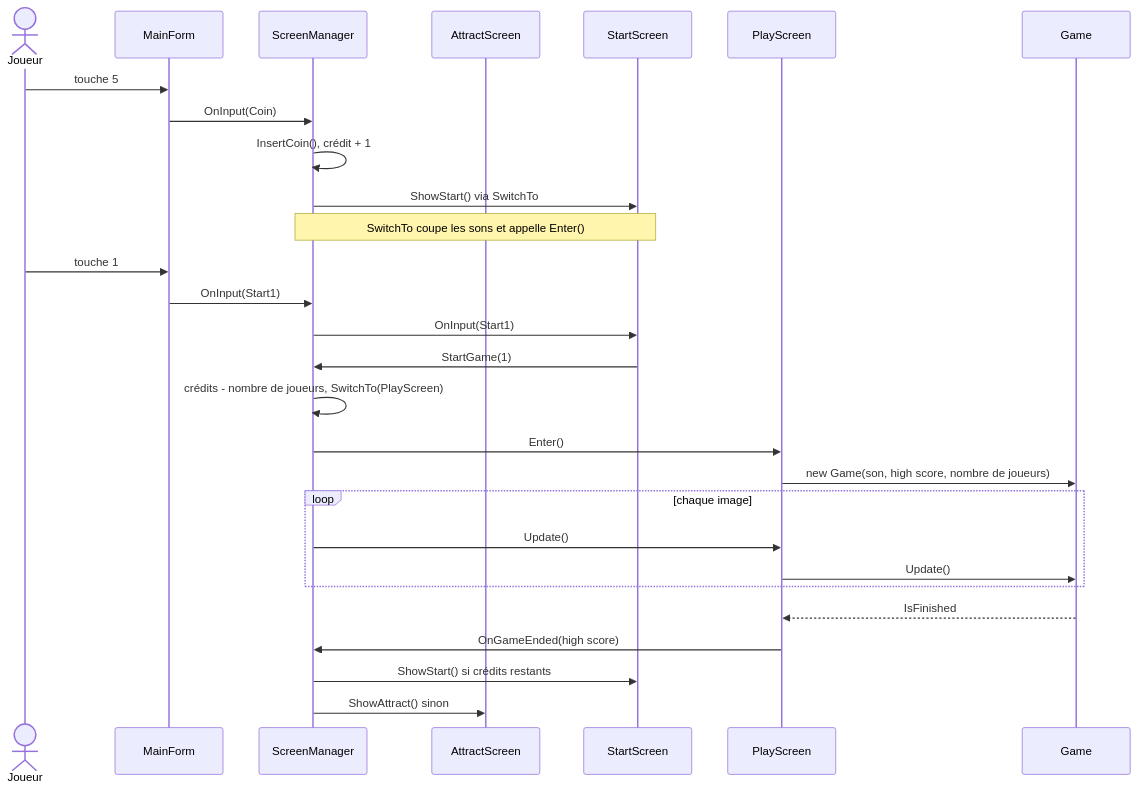
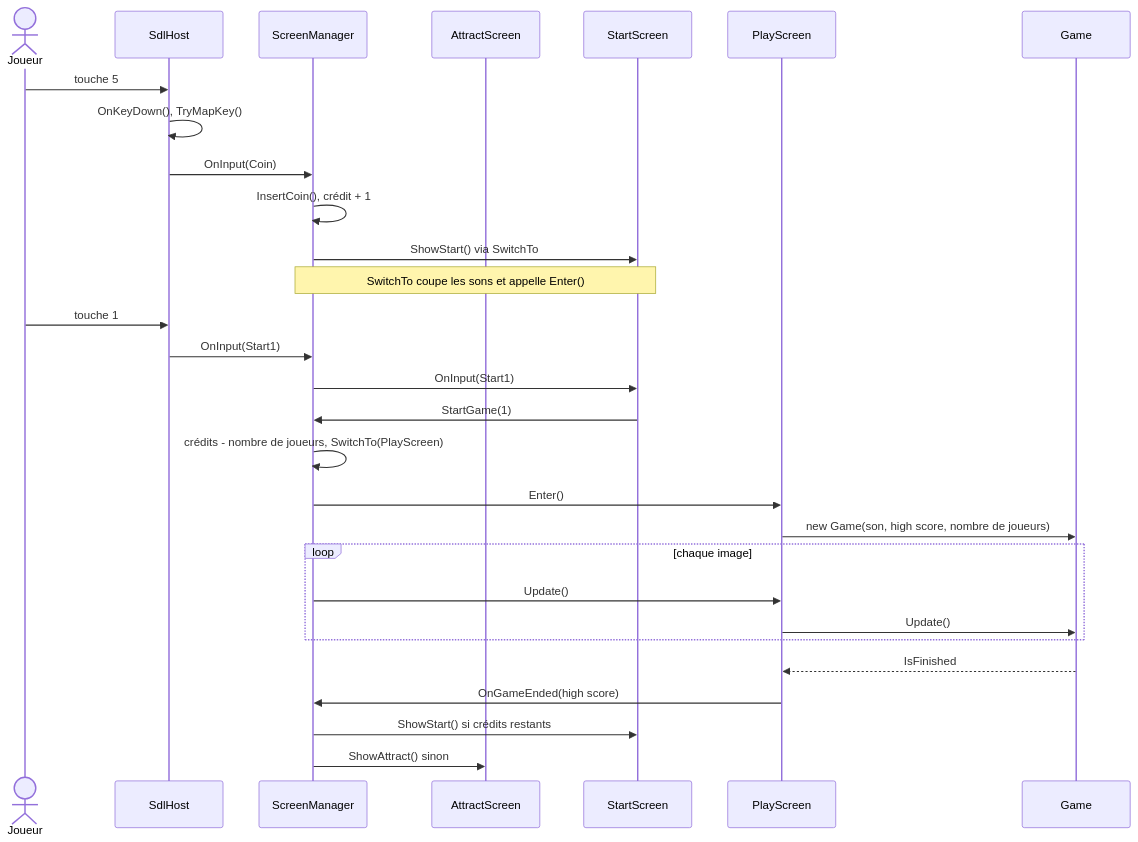
The ninth of 18 diagrams in docs/Pacman_UML_et_etats.md (Telev78/pacman), drawn with Mermaid before and after one commit. The commit also changed other lines of this file and 36 other files, not shown here.

````diff
--- a/docs/Pacman_UML_et_etats.md
+++ b/docs/Pacman_UML_et_etats.md
@@ -731,30 +799,31 @@
 ```mermaid
 sequenceDiagram
   actor J as Joueur
-  participant M as MainForm
+  participant M as SdlHost
   participant S as ScreenManager
   participant A as AttractScreen
   participant ST as StartScreen
   participant P as PlayScreen
   participant G as Game
   J->>M: touche 5
+  M->>M: OnKeyDown(), TryMapKey()
   M->>S: OnInput(Coin)
   S->>S: InsertCoin(), crédit + 1
   S->>ST: ShowStart() via SwitchTo
   Note over S,ST: SwitchTo coupe les sons et appelle Enter()
   J->>M: touche 1
   M->>S: OnInput(Start1)
   S->>ST: OnInput(Start1)
   ST->>S: StartGame(1)
   S->>S: crédits - nombre de joueurs, SwitchTo(PlayScreen)
   S->>P: Enter()
   P->>G: new Game(son, high score, nombre de joueurs)
   loop chaque image
     S->>P: Update()
     P->>G: Update()
   end
   G-->>P: IsFinished
   P->>S: OnGameEnded(high score)
   S->>ST: ShowStart() si crédits restants
   S->>A: ShowAttract() sinon
 ```
````
